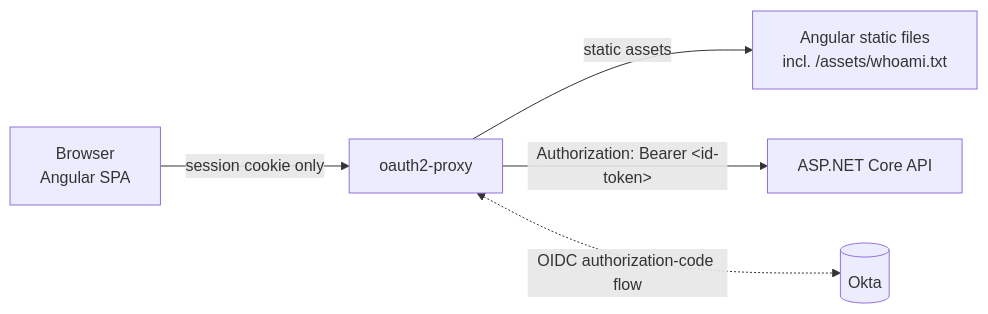
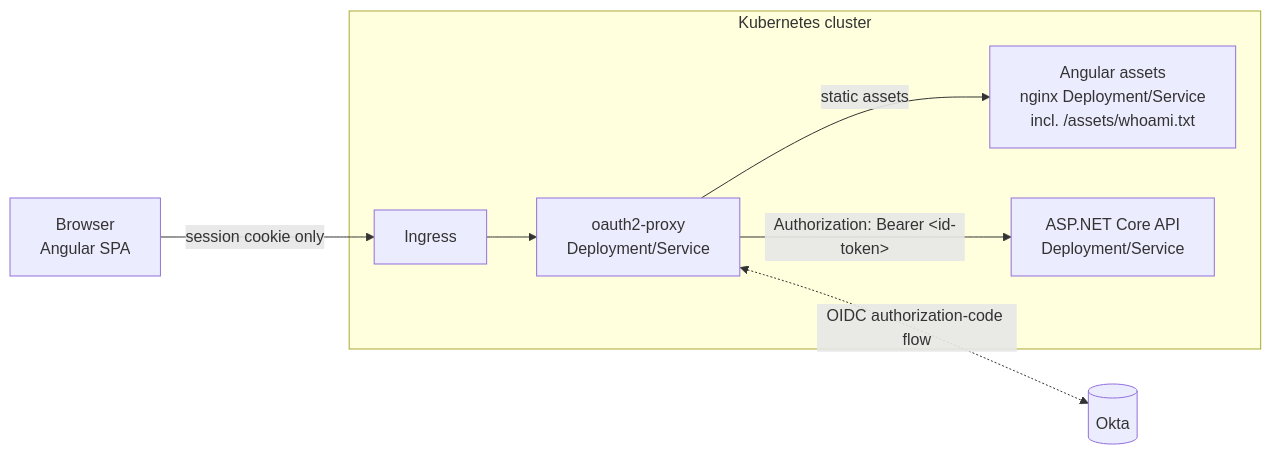
The diagram in docs/auth-pattern.md (QuinntyneBrown/oauth2-proxy-angular-aspnetcore), drawn with Mermaid before and after one commit. The commit also changed other lines of this file and 4 other files, not shown here.

First line of the commit message:
Update auth pattern for Kubernetes and add PlantUML sequence diagrams

````diff
--- a/docs/auth-pattern.md
+++ b/docs/auth-pattern.md
@@ -30,7 +34,10 @@
 ```mermaid
 flowchart LR
-    B[Browser<br/>Angular SPA] -- "session cookie only" --> P[oauth2-proxy]
-    P -- "static assets" --> S[Angular static files<br/>incl. /assets/whoami.txt]
-    P -- "Authorization: Bearer &lt;id-token&gt;" --> A[ASP.NET Core API]
+    B[Browser<br/>Angular SPA] -- "session cookie only" --> I[Ingress]
+    subgraph K8s [Kubernetes cluster]
+        I --> P[oauth2-proxy<br/>Deployment/Service]
+        P -- "static assets" --> S[Angular assets<br/>nginx Deployment/Service<br/>incl. /assets/whoami.txt]
+        P -- "Authorization: Bearer &lt;id-token&gt;" --> A[ASP.NET Core API<br/>Deployment/Service]
+    end
     P <-. "OIDC authorization-code flow" .-> O[(Okta)]
 ```
````
